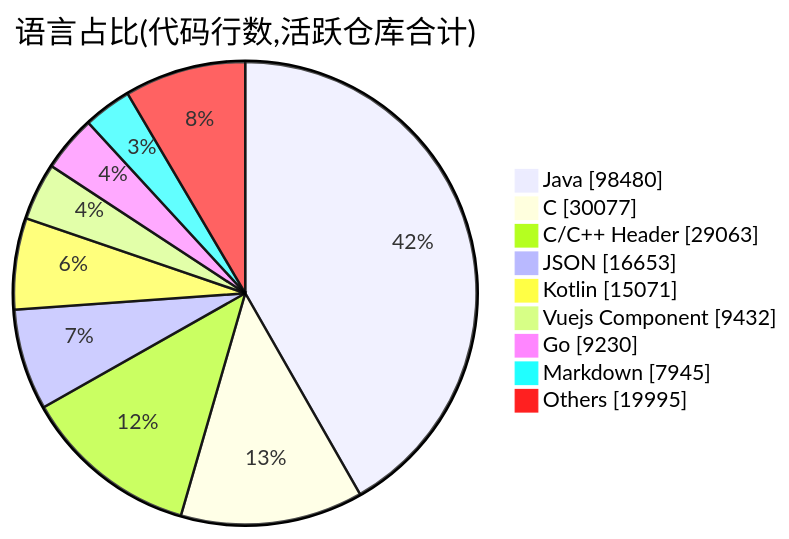
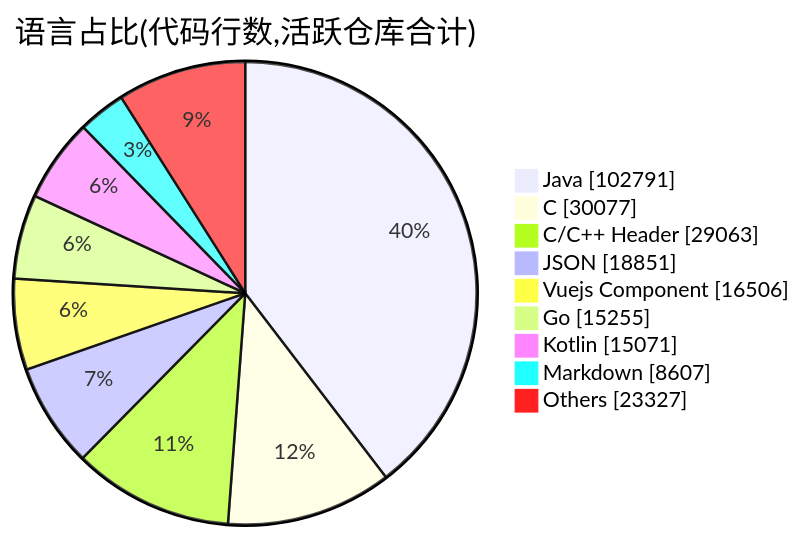
One commit to Conflux-Union/.github changed the second of 2 diagrams in profile/README.md. Above: the diagram before and after it, drawn with Mermaid. The commit also changed other lines of this file and 1 other file, not shown here.

````diff
--- a/profile/README.md
+++ b/profile/README.md
@@ -77,13 +77,13 @@
 ```mermaid
 pie showData
     title 语言占比(代码行数,活跃仓库合计)
-    "Java" : 98480
+    "Java" : 102791
     "C" : 30077
     "C/C++ Header" : 29063
-    "JSON" : 16653
+    "JSON" : 18851
+    "Vuejs Component" : 16506
+    "Go" : 15255
     "Kotlin" : 15071
-    "Vuejs Component" : 9432
-    "Go" : 9230
-    "Markdown" : 7945
-    "Others" : 19995
+    "Markdown" : 8607
+    "Others" : 23327
 ```
````
